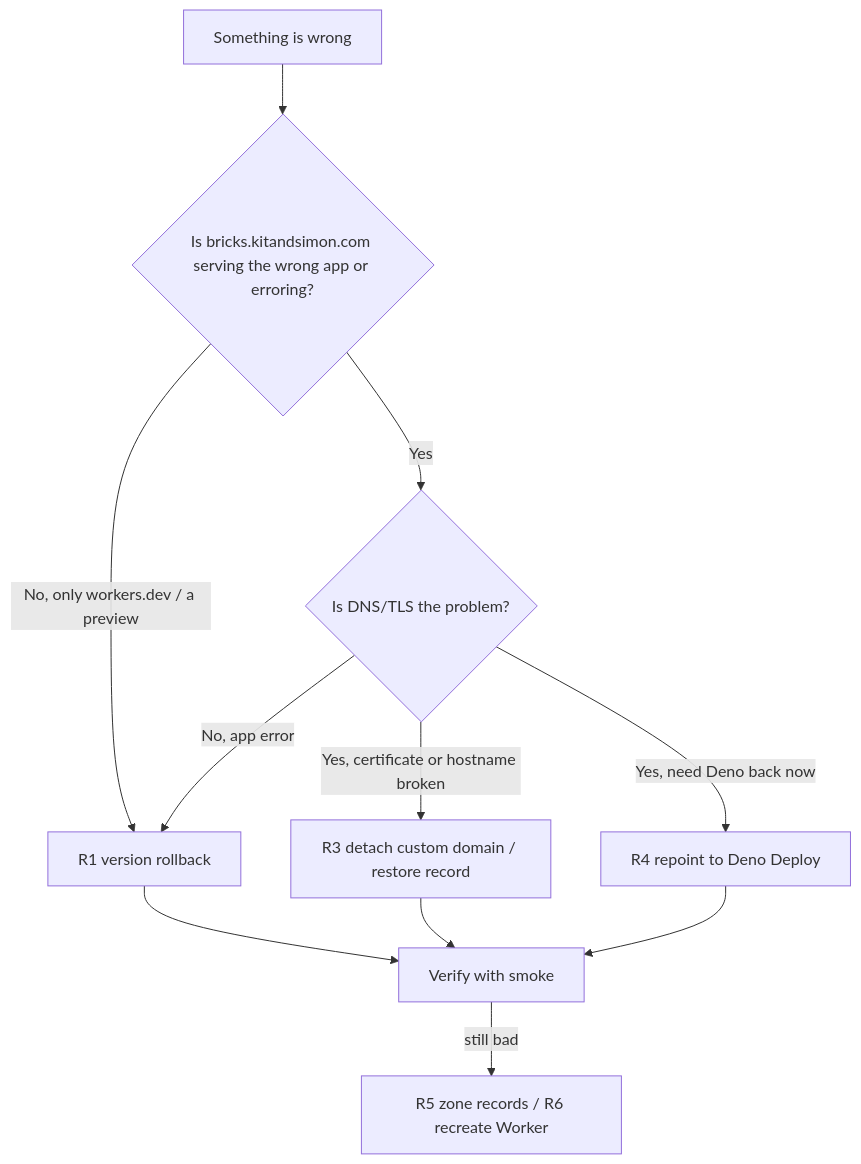
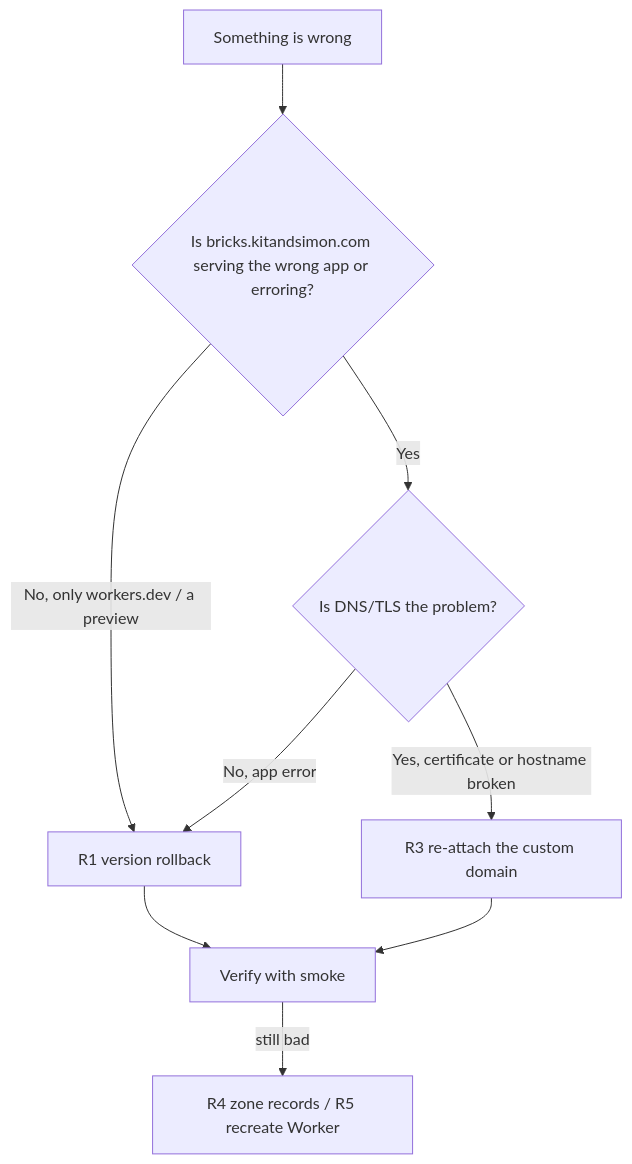
The second of 2 diagrams in docs/ci-cd.md (kitsonk/bayside-bricks), drawn with Mermaid before and after one commit. The commit also changed other lines of this file and 3 other files, not shown here.

First line of the commit message:
docs: retire the Deno Deploy fallback and rollback R4

````diff
--- a/docs/ci-cd.md
+++ b/docs/ci-cd.md
@@ -452,13 +453,11 @@
 ```mermaid
 flowchart TD
   A[Something is wrong] --> B{Is bricks.kitandsimon.com serving the wrong app or erroring?}
   B -->|No, only workers.dev / a preview| C[R1 version rollback]
   B -->|Yes| D{Is DNS/TLS the problem?}
   D -->|No, app error| C
-  D -->|Yes, certificate or hostname broken| E[R3 detach custom domain / restore record]
-  D -->|Yes, need Deno back now| F[R4 repoint to Deno Deploy]
+  D -->|Yes, certificate or hostname broken| E[R3 re-attach the custom domain]
   C --> G[Verify with smoke]
   E --> G
-  F --> G
-  G -->|still bad| H[R5 zone records / R6 recreate Worker]
+  G -->|still bad| H[R4 zone records / R5 recreate Worker]
 ```
````
